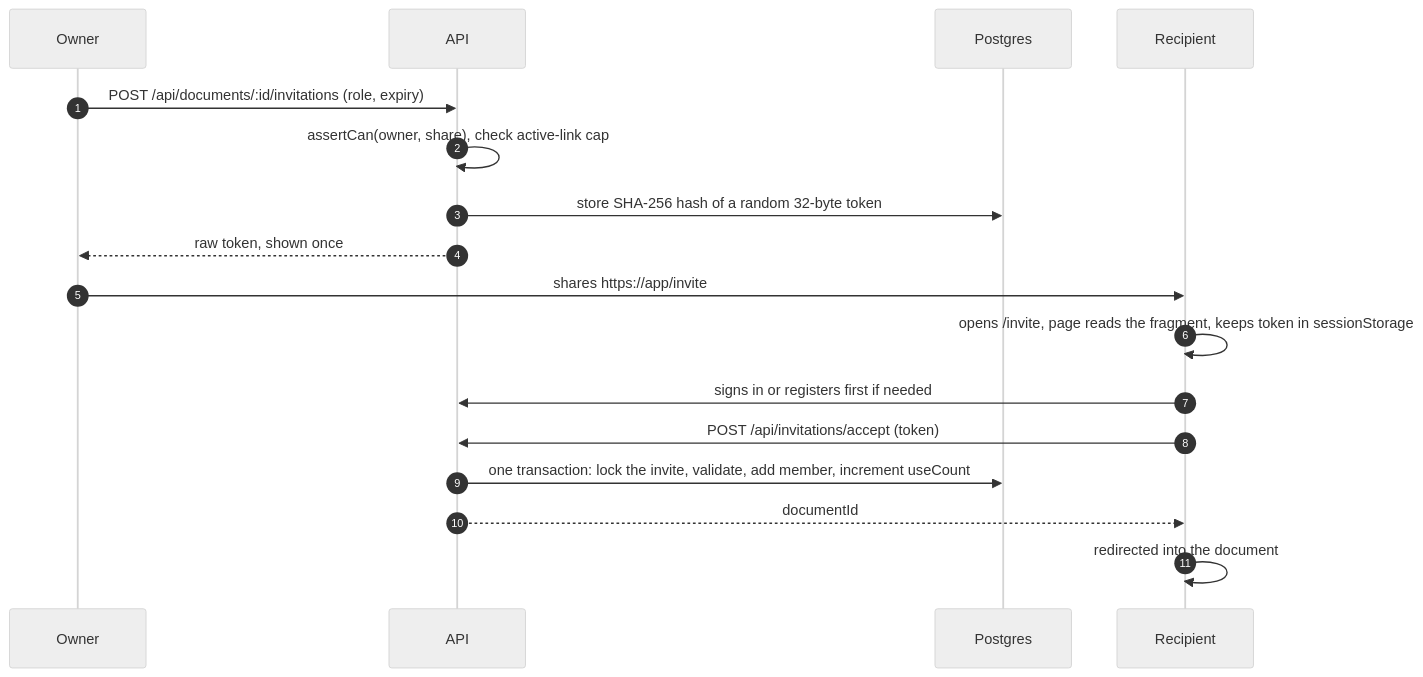
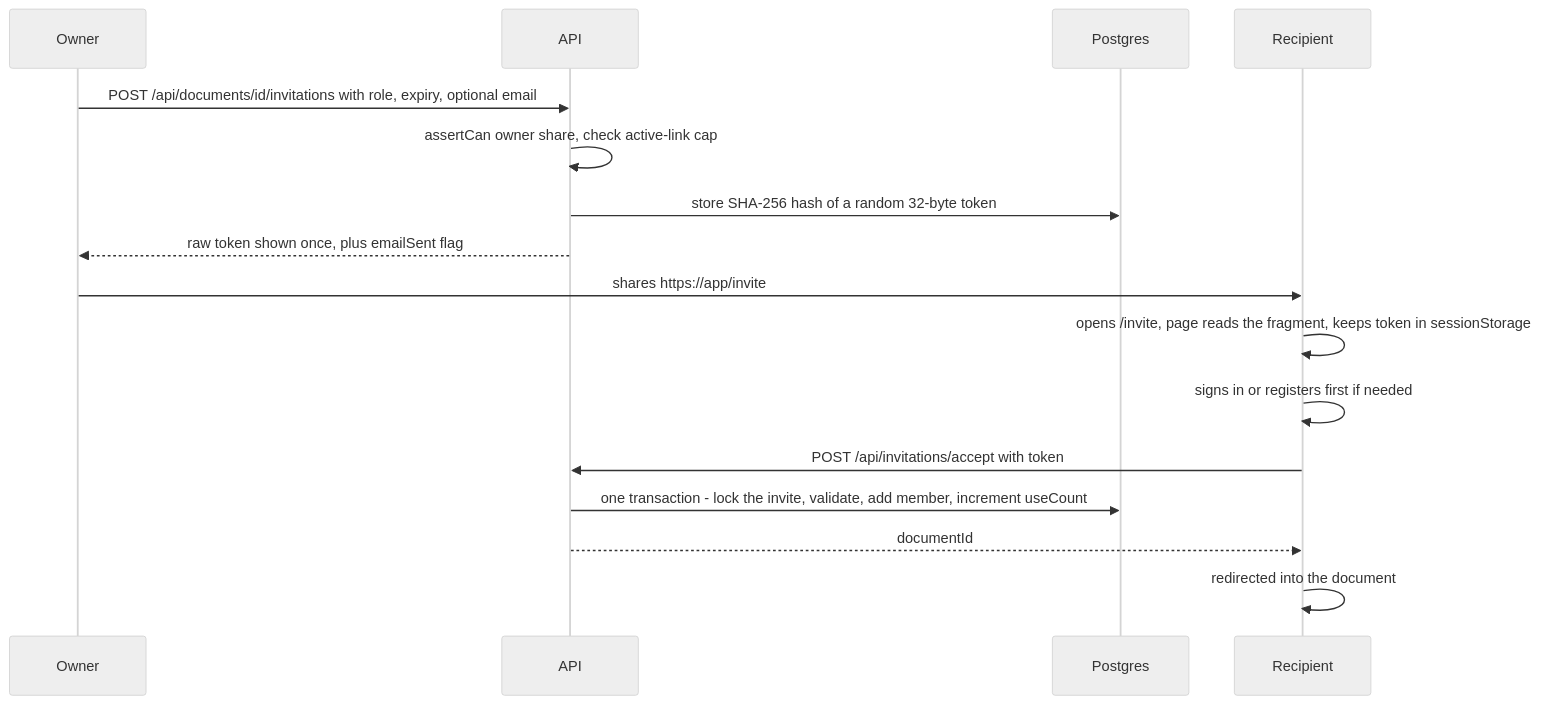
Diagram 17 of 18 in docs/architecture-lld.md (syncspace-app/syncspace), drawn with Mermaid (neutral theme) before and after one commit. The commit also changed other lines of this file and 2 other files, not shown here.

````diff
--- a/docs/architecture-lld.md
+++ b/docs/architecture-lld.md
@@ -776,20 +873,18 @@
 ```mermaid
 sequenceDiagram
-  autonumber
   participant O as Owner
   participant A as API
-  participant D as Postgres
+  participant P as Postgres
   participant R as Recipient
-
-  O->>A: POST /api/documents/:id/invitations (role, expiry)
-  A->>A: assertCan(owner, share), check active-link cap
-  A->>D: store SHA-256 hash of a random 32-byte token
-  A-->>O: raw token, shown once
-  O->>R: shares https://app/invite#token (chat, message)
+  O->>A: POST /api/documents/id/invitations with role, expiry, optional email
+  A->>A: assertCan owner share, check active-link cap
+  A->>P: store SHA-256 hash of a random 32-byte token
+  A-->>O: raw token shown once, plus emailSent flag
+  O->>R: shares https://app/invite#token, or the email is sent
   R->>R: opens /invite, page reads the fragment, keeps token in sessionStorage
-  R->>A: signs in or registers first if needed
-  R->>A: POST /api/invitations/accept (token)
-  A->>D: one transaction: lock the invite, validate, add member, increment useCount
+  R->>R: signs in or registers first if needed
+  R->>A: POST /api/invitations/accept with token
+  A->>P: one transaction - lock the invite, validate, add member, increment useCount
   A-->>R: documentId
   R->>R: redirected into the document
 ```
````
